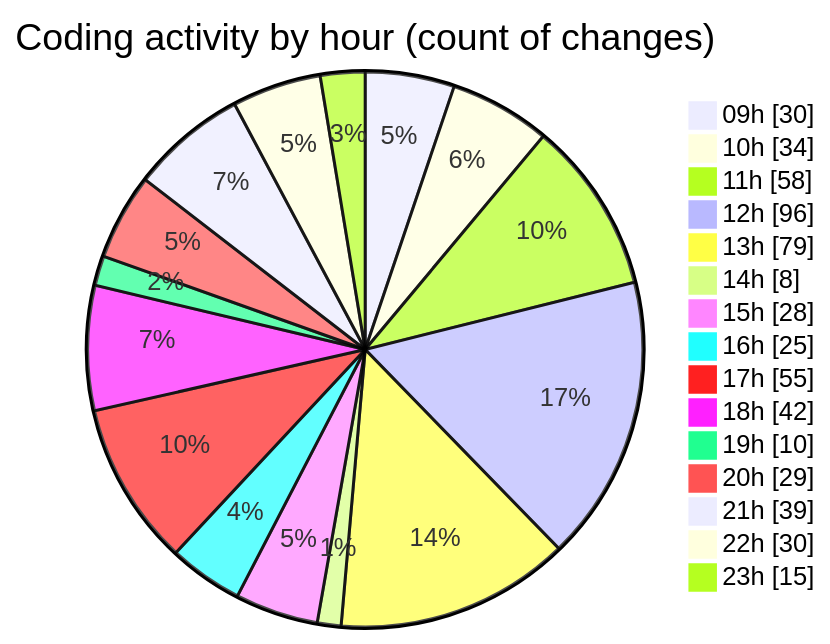
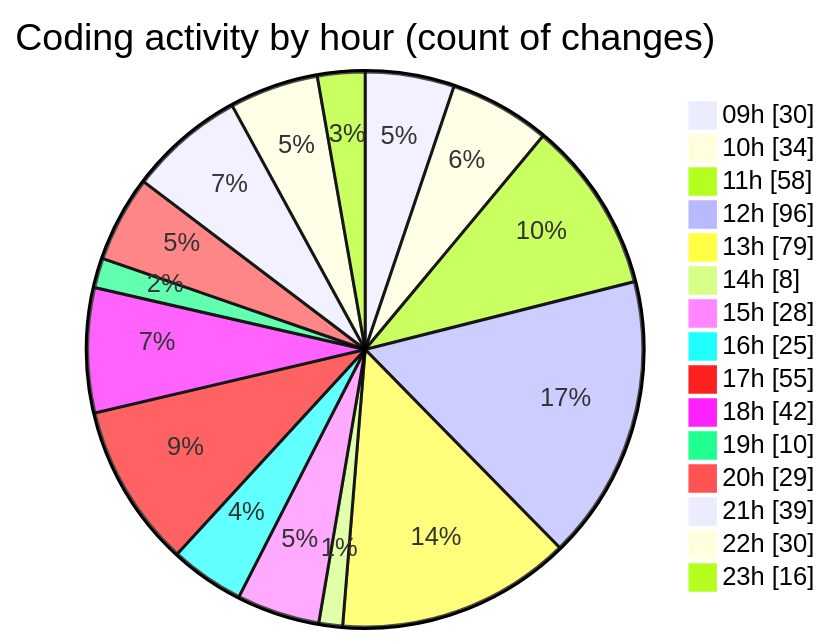
Before and after one commit to momahboobian/code-tracking: the second of 2 diagrams in 2025-04-02/cda/README.md, drawn with Mermaid. The commit also changed other lines of this file and 1 other file, not shown here.

````diff
--- a/2025-04-02/cda/README.md
+++ b/2025-04-02/cda/README.md
@@ -40,19 +40,19 @@
 ```mermaid
 pie showData
 title Coding activity by hour (count of changes)
 "09h" : 30
 "10h" : 34
 "11h" : 58
 "12h" : 96
 "13h" : 79
 "14h" : 8
 "15h" : 28
 "16h" : 25
 "17h" : 55
 "18h" : 42
 "19h" : 10
 "20h" : 29
 "21h" : 39
 "22h" : 30
-"23h" : 15
+"23h" : 16
 ```
````
